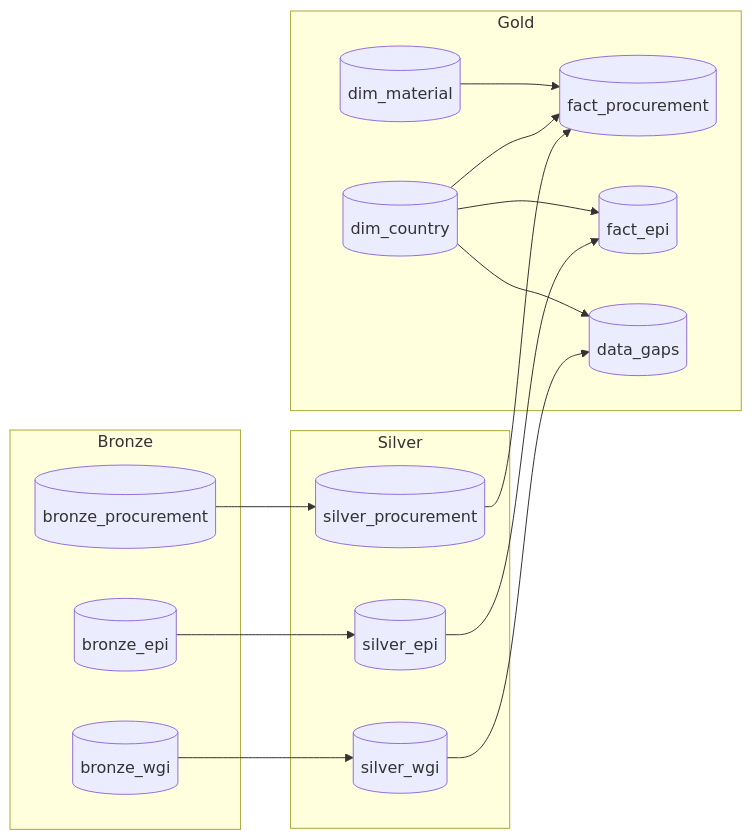
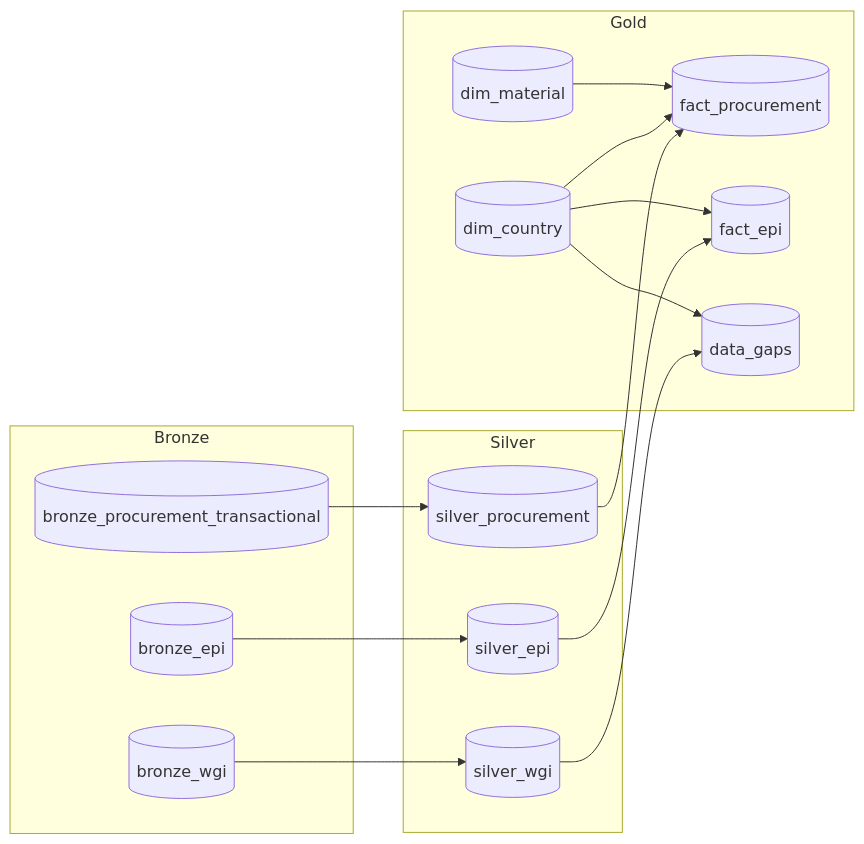
The diagram in docs/data_coverage_flow.md (erikemilsson/OEMMatInsightBI), drawn with Mermaid before and after one commit. The commit also changed 19 other files, not shown here.

````diff
--- a/docs/data_coverage_flow.md
+++ b/docs/data_coverage_flow.md
@@ -45,31 +45,31 @@
 ```mermaid
 flowchart LR
     subgraph BRONZE["Bronze"]
-        B1[("bronze_procurement")]
+        B1[("bronze_procurement_transactional")]
         B2[("bronze_epi")]
         B3[("bronze_wgi")]
     end
 
     subgraph SILVER["Silver"]
         S1[("silver_procurement")]
         S2[("silver_epi")]
         S3[("silver_wgi")]
     end
 
     subgraph GOLD["Gold"]
         G1[("fact_procurement")]
         G2[("fact_epi")]
         G3[("dim_country")]
         G4[("dim_material")]
         G5[("data_gaps")]
     end
 
     B1 --> S1 --> G1
     B2 --> S2 --> G2
     B3 --> S3 --> G5
 
     G3 --> G1
     G3 --> G2
     G3 --> G5
     G4 --> G1
 ```
````
